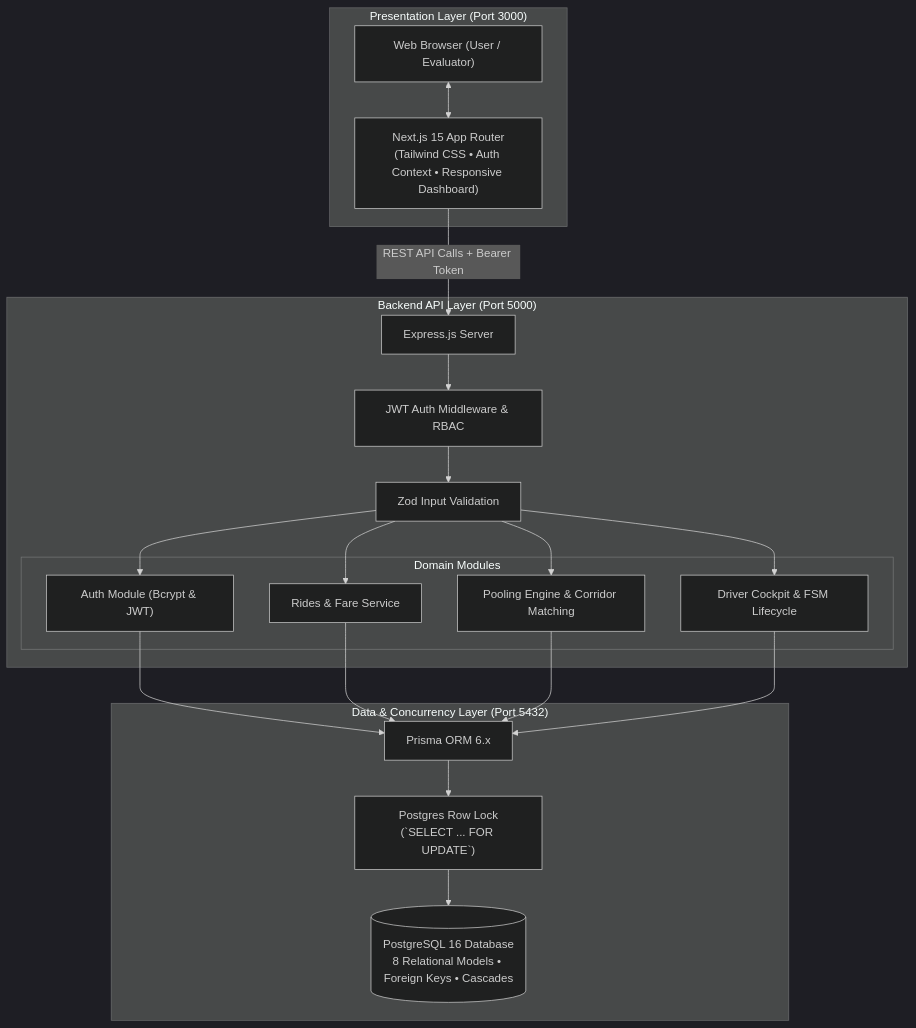
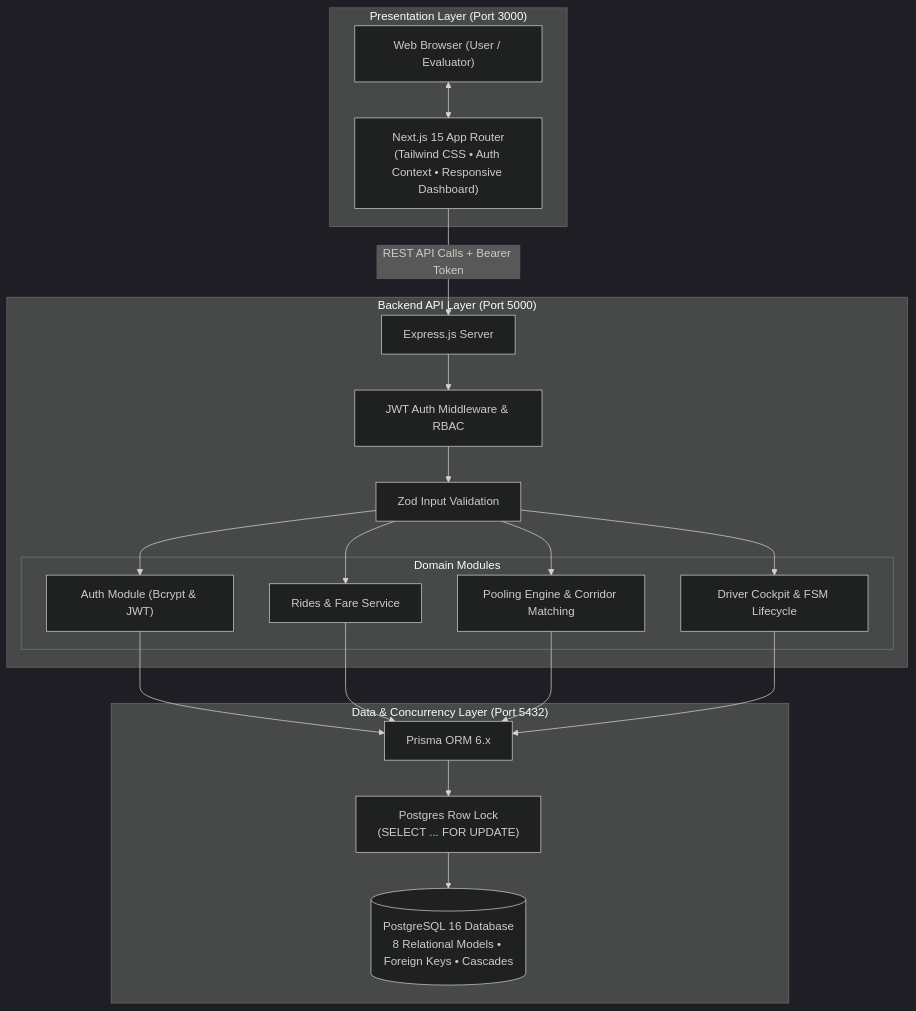
One commit to Maharab2134/dhaka-tesla-pool changed the first of 2 diagrams in README.md. Above: the diagram before and after it, drawn with Mermaid (dark theme). The commit also changed other lines of this file and 1 other file, not shown here.

Commit message:
docs: fix mermaid diagram label formatting and add live render deployment links

````diff
--- a/README.md
+++ b/README.md
@@ -109,42 +109,42 @@
 ```mermaid
 flowchart TD
     subgraph Client["Presentation Layer (Port 3000)"]
         Browser["Web Browser (User / Evaluator)"]
         NextJS["Next.js 15 App Router<br/>(Tailwind CSS • Auth Context • Responsive Dashboard)"]
         Browser <--> NextJS
     end
 
     subgraph API["Backend API Layer (Port 5000)"]
         Express["Express.js Server"]
         AuthMid["JWT Auth Middleware & RBAC"]
         Zod["Zod Input Validation"]
         
         subgraph Services["Domain Modules"]
             AuthSvc["Auth Module (Bcrypt & JWT)"]
             RidesSvc["Rides & Fare Service"]
             PoolsSvc["Pooling Engine & Corridor Matching"]
             DriversSvc["Driver Cockpit & FSM Lifecycle"]
         end
     end
 
     subgraph Persistence["Data & Concurrency Layer (Port 5432)"]
         Prisma["Prisma ORM 6.x"]
-        PessimisticLock["Postgres Row Lock<br/>(`SELECT ... FOR UPDATE`)"]
+        PessimisticLock["Postgres Row Lock<br/>(SELECT ... FOR UPDATE)"]
         Postgres[("PostgreSQL 16 Database<br/>8 Relational Models • Foreign Keys • Cascades")]
     end
 
     NextJS -->|REST API Calls + Bearer Token| Express
     Express --> AuthMid --> Zod
     Zod --> AuthSvc
     Zod --> RidesSvc
     Zod --> PoolsSvc
     Zod --> DriversSvc
 
     AuthSvc --> Prisma
     RidesSvc --> Prisma
     PoolsSvc --> Prisma
     DriversSvc --> Prisma
 
     Prisma --> PessimisticLock
     PessimisticLock --> Postgres
 ```
````
